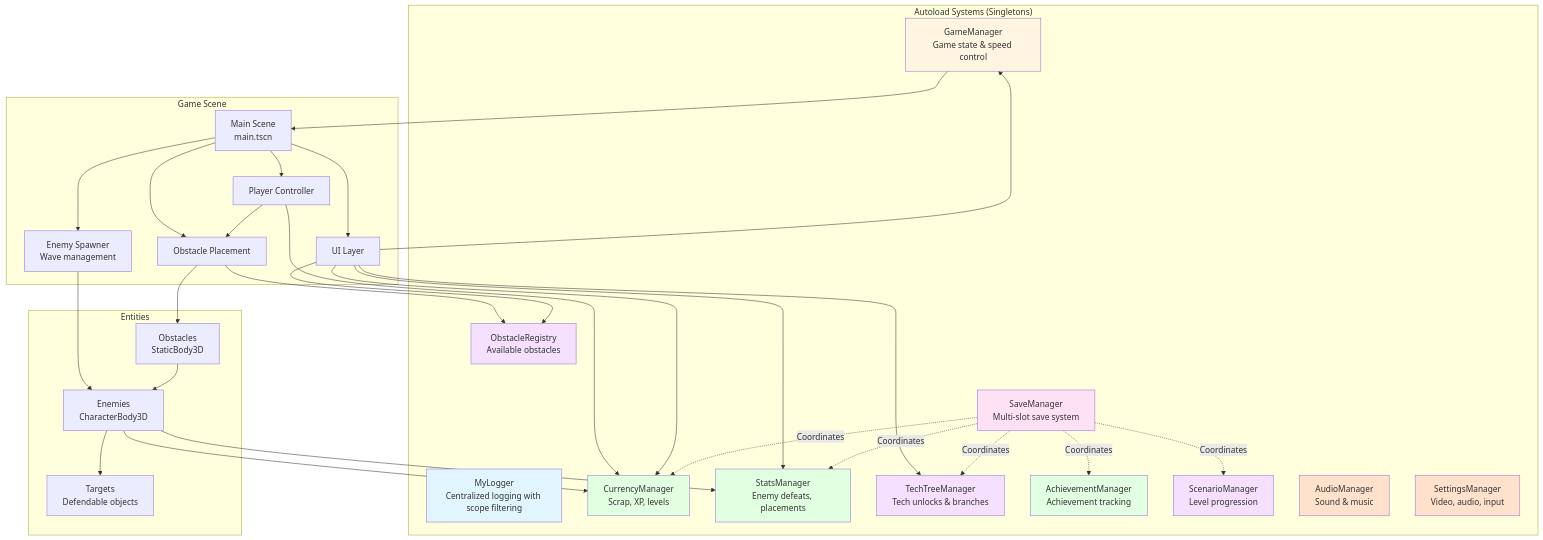
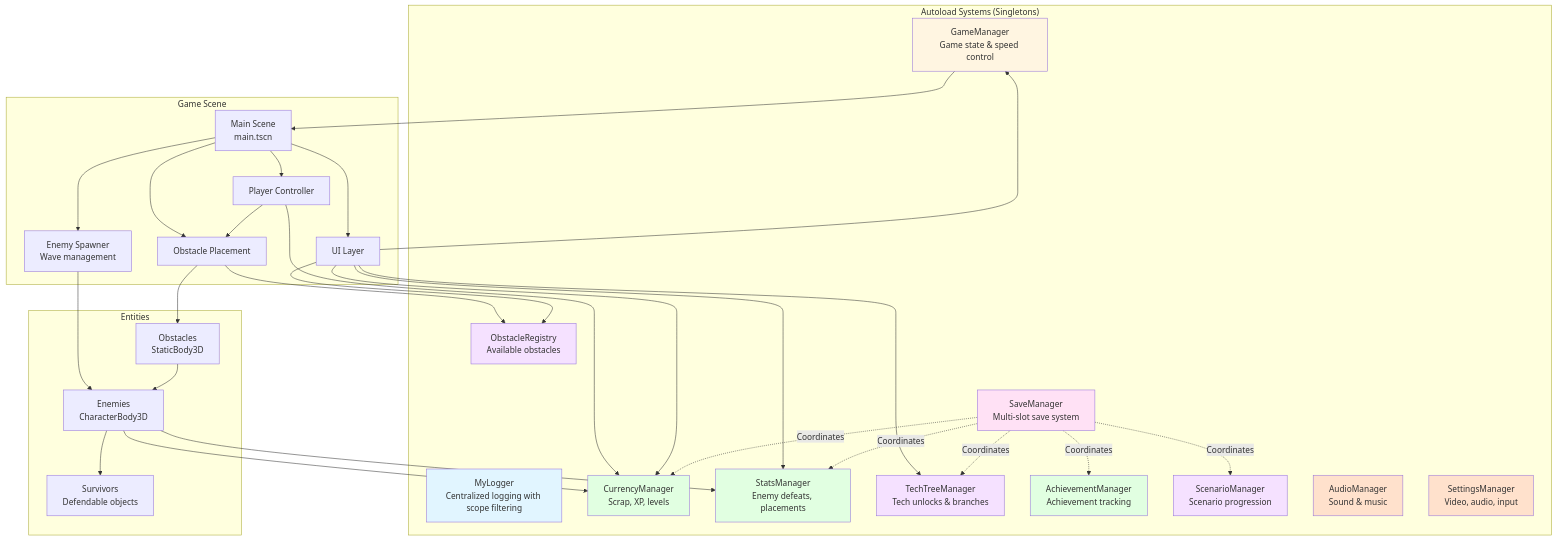
Before and after one commit to saebyn/godot-tower-defense: the first of 8 diagrams in docs/ARCHITECTURE.md, drawn with Mermaid. The commit also changed other lines of this file and 30 other files, not shown here.

First line of the commit message:
Align canonical naming: Target→Survivor, health bar→unit frame, Level→Scenario (#341)

````diff
--- a/docs/ARCHITECTURE.md
+++ b/docs/ARCHITECTURE.md
@@ -20,82 +20,82 @@
 ```mermaid
 graph TB
     subgraph "Autoload Systems (Singletons)"
         MyLogger[MyLogger<br/>Centralized logging with scope filtering]
         SaveManager[SaveManager<br/>Multi-slot save system]
         CurrencyManager[CurrencyManager<br/>Scrap, XP, levels]
         GameManager[GameManager<br/>Game state & speed control]
         StatsManager[StatsManager<br/>Enemy defeats, placements]
         ObstacleRegistry[ObstacleRegistry<br/>Available obstacles]
         TechTreeManager[TechTreeManager<br/>Tech unlocks & branches]
         AchievementManager[AchievementManager<br/>Achievement tracking]
-        ScenarioManager[ScenarioManager<br/>Level progression]
+        ScenarioManager[ScenarioManager<br/>Scenario progression]
         AudioManager[AudioManager<br/>Sound & music]
         SettingsManager[SettingsManager<br/>Video, audio, input]
     end
     
     subgraph "Game Scene"
         Main[Main Scene<br/>main.tscn]
         Player[Player Controller]
         EnemySpawner[Enemy Spawner<br/>Wave management]
         ObstaclePlacement[Obstacle Placement]
         UI[UI Layer]
     end
     
     subgraph "Entities"
         Enemies[Enemies<br/>CharacterBody3D]
         Obstacles[Obstacles<br/>StaticBody3D]
-        Targets[Targets<br/>Defendable objects]
+        Survivors[Survivors<br/>Defendable objects]
     end
     
     Main --> Player
     Main --> EnemySpawner
     Main --> ObstaclePlacement
     Main --> UI
     
     Player --> CurrencyManager
     Player --> ObstaclePlacement
     
     EnemySpawner --> Enemies
     ObstaclePlacement --> Obstacles
     ObstaclePlacement --> ObstacleRegistry
     
     Enemies --> CurrencyManager
     Enemies --> StatsManager
-    Enemies --> Targets
+    Enemies --> Survivors
     
     Obstacles --> Enemies
     
     UI --> CurrencyManager
     UI --> StatsManager
     UI --> GameManager
     UI --> TechTreeManager
     UI --> ObstacleRegistry
     
     SaveManager -.Coordinates.-> CurrencyManager
     SaveManager -.Coordinates.-> StatsManager
     SaveManager -.Coordinates.-> TechTreeManager
     SaveManager -.Coordinates.-> AchievementManager
     SaveManager -.Coordinates.-> ScenarioManager
     
     GameManager --> Main
     
     %% Color Legend:
     %% Blue (#e1f5ff) - Debugging/Infrastructure
     %% Pink (#ffe1f5) - Persistence/Save System
     %% Green (#e1ffe1) - Economy/Progression
     %% Yellow (#fff5e1) - Game State Management
     %% Purple (#f5e1ff) - Content Management
     %% Orange (#ffe1cc) - Audio/Settings
     
     style MyLogger fill:#e1f5ff
     style SaveManager fill:#ffe1f5
     style CurrencyManager fill:#e1ffe1
     style StatsManager fill:#e1ffe1
     style GameManager fill:#fff5e1
     style ObstacleRegistry fill:#f5e1ff
     style TechTreeManager fill:#f5e1ff
     style AchievementManager fill:#e1ffe1
     style ScenarioManager fill:#f5e1ff
     style AudioManager fill:#ffe1cc
     style SettingsManager fill:#ffe1cc
 ```
````
